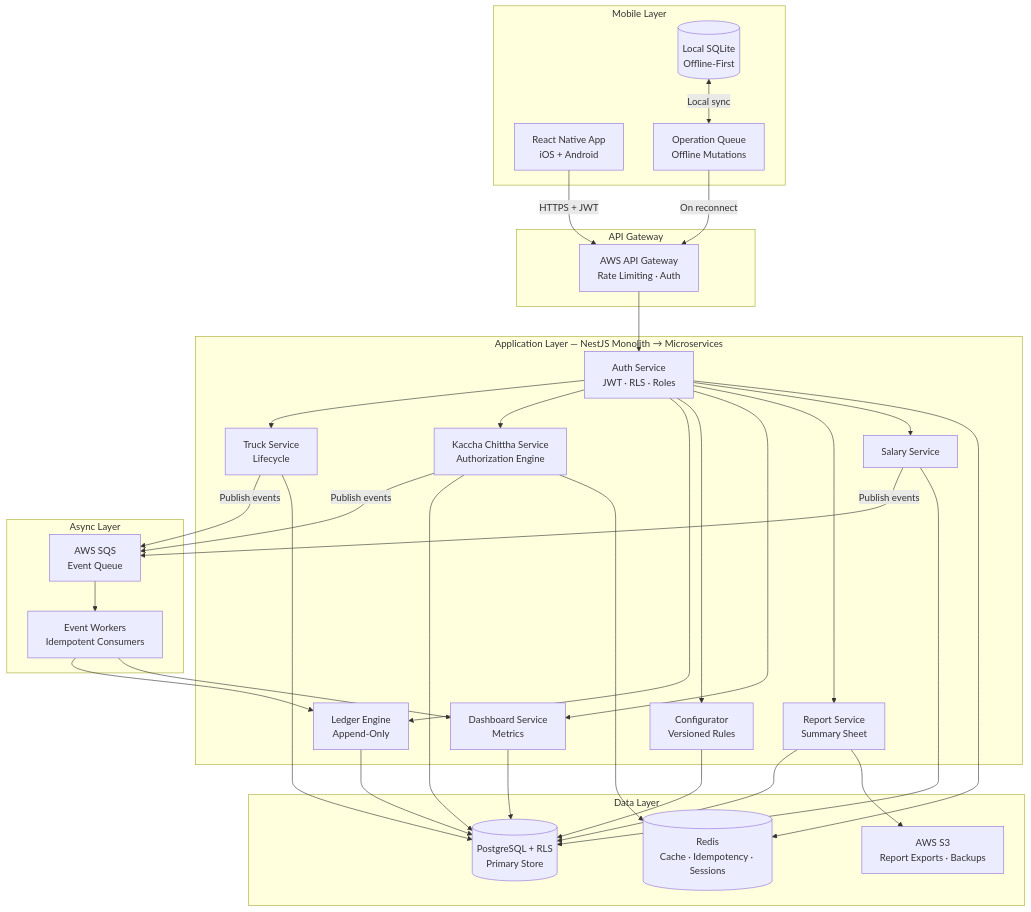
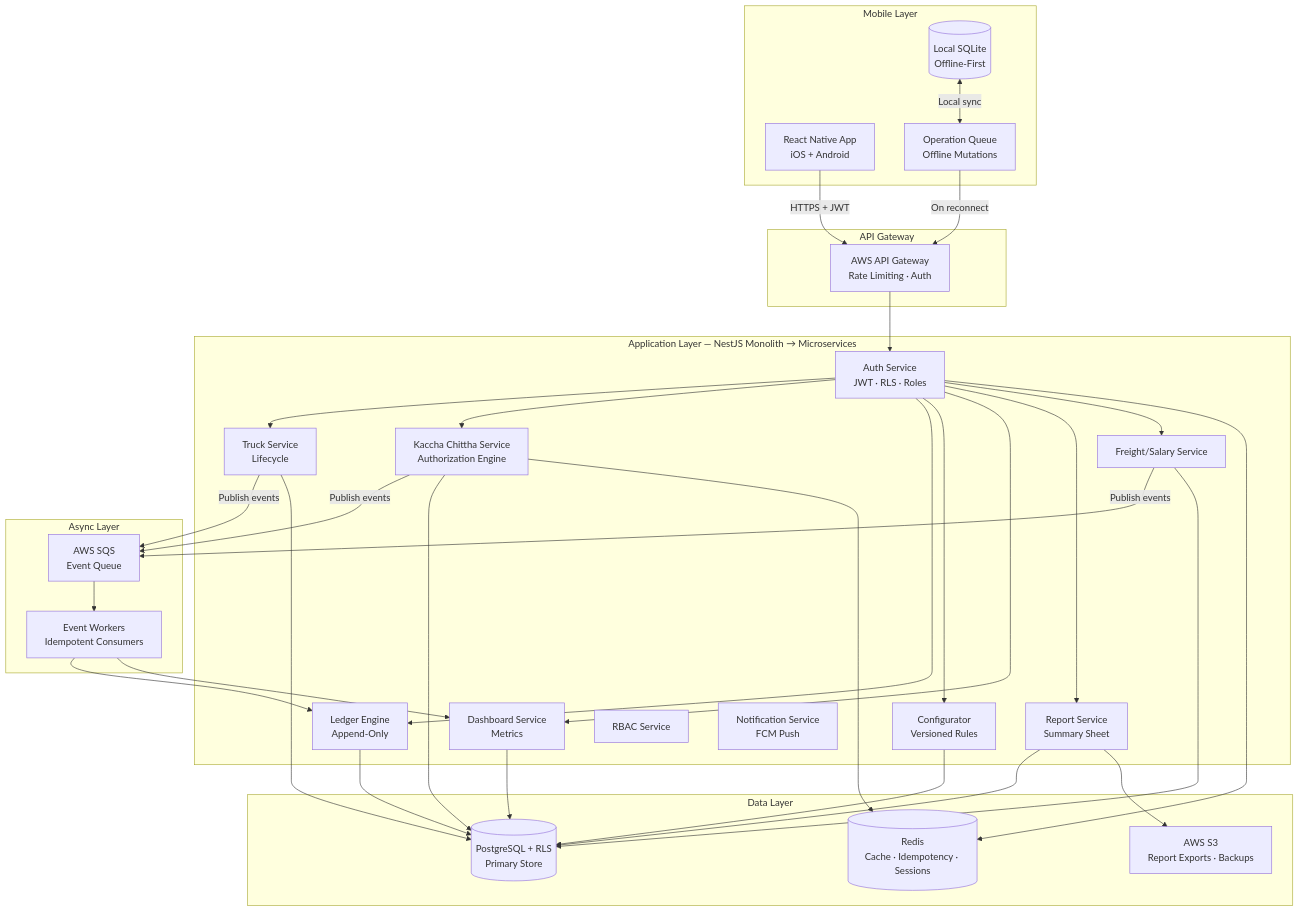
One commit to AlienAlien369/SmartMandi changed the first of 9 diagrams in docs/HLD.md. Above: the diagram before and after it, drawn with Mermaid. The commit also changed other lines of this file and 6 other files, not shown here.

````diff
--- a/docs/HLD.md
+++ b/docs/HLD.md
@@ -18,50 +18,52 @@
 ```mermaid
 graph TB
     subgraph "Mobile Layer"
         RN[React Native App<br/>iOS + Android]
         SQLite[(Local SQLite<br/>Offline-First)]
         OQ[Operation Queue<br/>Offline Mutations]
     end
 
     subgraph "API Gateway"
         APIGW[AWS API Gateway<br/>Rate Limiting · Auth]
     end
 
     subgraph "Application Layer — NestJS Monolith → Microservices"
         AuthSvc[Auth Service<br/>JWT · RLS · Roles]
         TruckSvc[Truck Service<br/>Lifecycle]
         KCSvc[Kaccha Chittha Service<br/>Authorization Engine]
         LedgerSvc[Ledger Engine<br/>Append-Only]
         ConfigSvc[Configurator<br/>Versioned Rules]
         DashSvc[Dashboard Service<br/>Metrics]
         ReportSvc[Report Service<br/>Summary Sheet]
-        SalarySvc[Salary Service]
+        SalarySvc[Freight/Salary Service]
+        RbacSvc[RBAC Service]
+        NotifSvc[Notification Service<br/>FCM Push]
     end
 
     subgraph "Async Layer"
         SQS[AWS SQS<br/>Event Queue]
         Workers[Event Workers<br/>Idempotent Consumers]
     end
 
     subgraph "Data Layer"
         PG[(PostgreSQL + RLS<br/>Primary Store)]
         Redis[(Redis<br/>Cache · Idempotency · Sessions)]
         S3[AWS S3<br/>Report Exports · Backups]
     end
 
     RN -->|HTTPS + JWT| APIGW
     SQLite <-->|Local sync| OQ
     OQ -->|On reconnect| APIGW
     APIGW --> AuthSvc
     AuthSvc --> TruckSvc & KCSvc & LedgerSvc & ConfigSvc & DashSvc & ReportSvc & SalarySvc
     KCSvc -->|Publish events| SQS
     TruckSvc -->|Publish events| SQS
     SalarySvc -->|Publish events| SQS
     SQS --> Workers
     Workers --> LedgerSvc
     Workers --> DashSvc
     TruckSvc & KCSvc & LedgerSvc & ConfigSvc & DashSvc & ReportSvc & SalarySvc --> PG
     AuthSvc --> Redis
     KCSvc --> Redis
     ReportSvc --> S3
 ```
````
